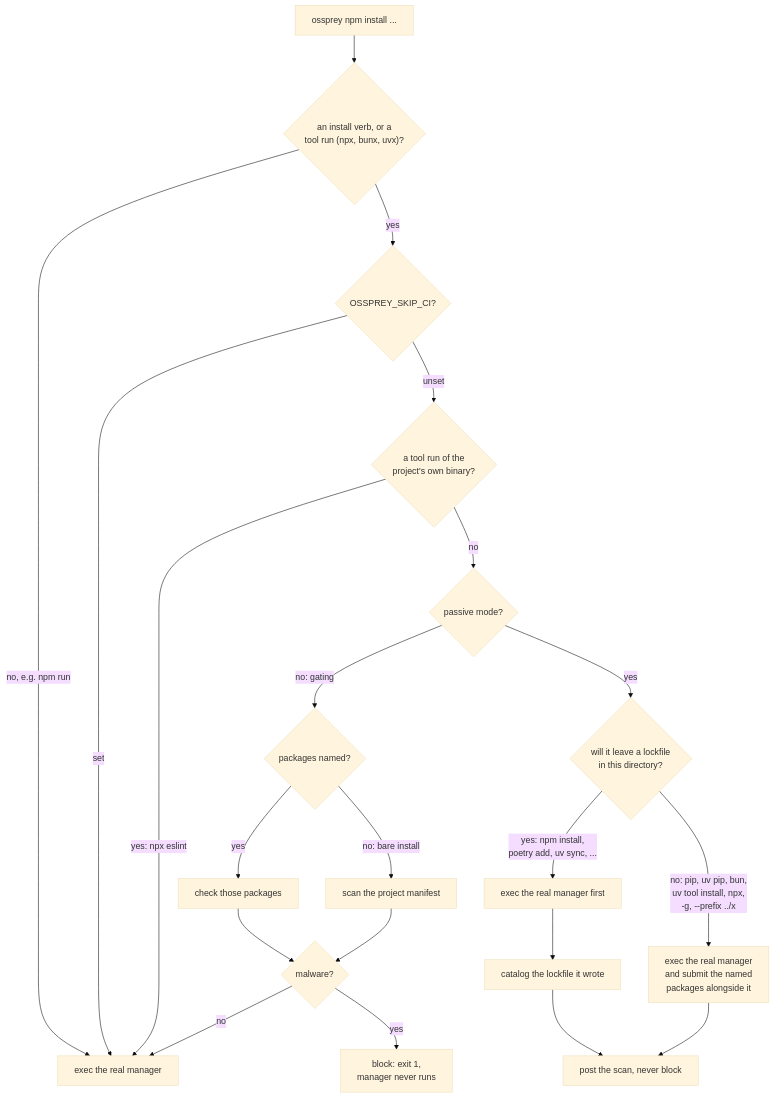
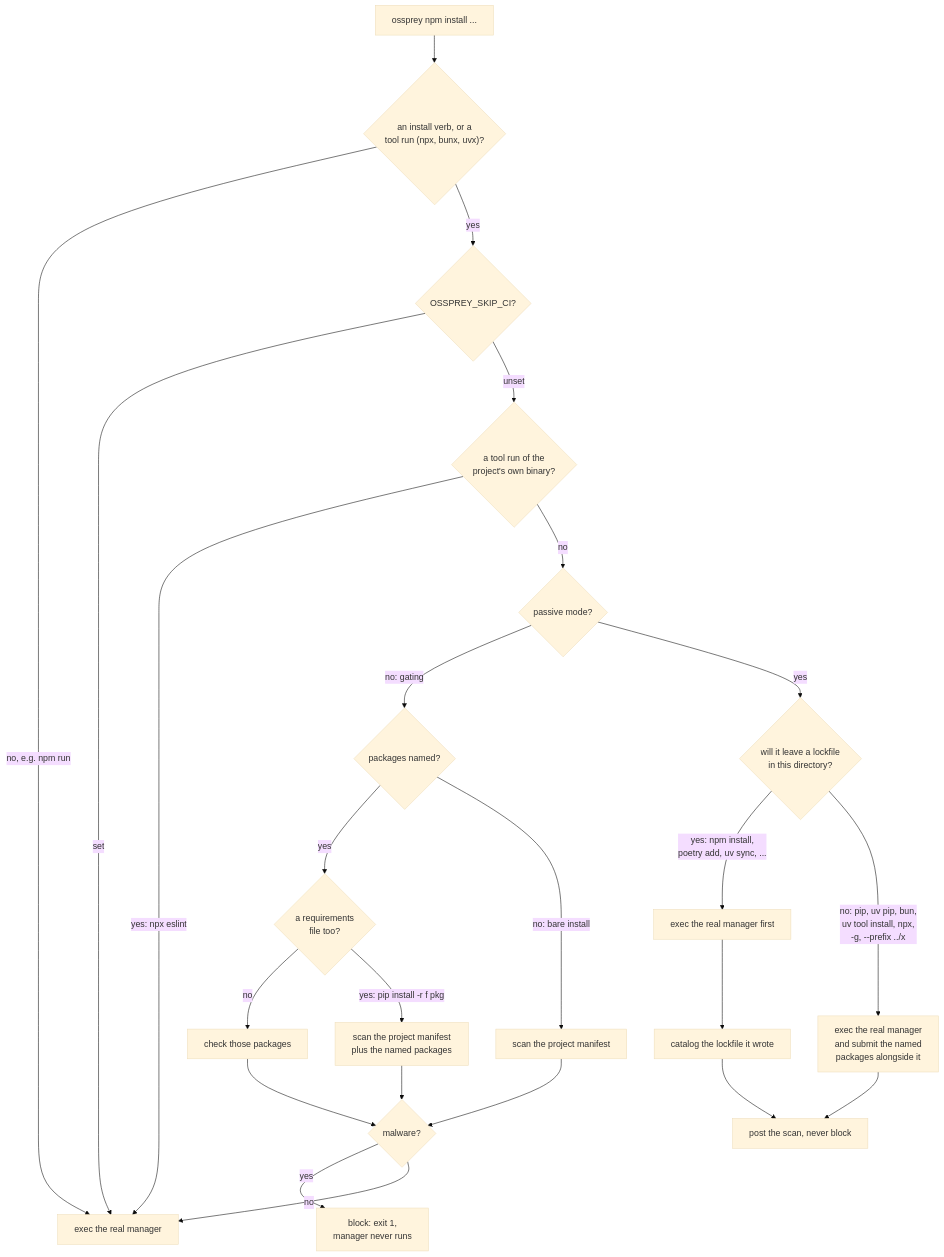
The second of 3 diagrams in docs/architecture.md (ossprey/ossprey-cli), drawn with Mermaid (base theme) before and after one commit. The commit also changed 64 other files, not shown here.

````diff
--- a/docs/architecture.md
+++ b/docs/architecture.md
@@ -48,25 +48,28 @@
 ```mermaid
 flowchart TD
     S["ossprey npm install ..."] --> T{"an install verb, or a<br/>tool run (npx, bunx, uvx)?"}
     T -- "no, e.g. npm run" --> U["exec the real manager"]
     T -- "yes" --> V{"OSSPREY_SKIP_CI?"}
     V -- "set" --> U
     V -- "unset" --> L{"a tool run of the<br/>project's own binary?"}
     L -- "yes: npx eslint" --> U
     L -- "no" --> W{"passive mode?"}
 
     W -- "no: gating" --> X{"packages named?"}
-    X -- "yes" --> Y["check those packages"]
+    X -- "yes" --> R{"a requirements<br/>file too?"}
+    R -- "no" --> Y["check those packages"]
+    R -- "yes: pip install -r f pkg" --> RZ["scan the project manifest<br/>plus the named packages"]
     X -- "no: bare install" --> Z["scan the project manifest"]
     Y --> AA{"malware?"}
+    RZ --> AA
     Z --> AA
     AA -- "yes" --> AB["block: exit 1,<br/>manager never runs"]
     AA -- "no" --> U
 
     W -- "yes" --> AC{"will it leave a lockfile<br/>in this directory?"}
     AC -- "yes: npm install,<br/>poetry add, uv sync, ..." --> AD["exec the real manager first"]
     AD --> AE["catalog the lockfile it wrote"]
     AE --> AF["post the scan, never block"]
     AC -- "no: pip, uv pip, bun,<br/>uv tool install, npx,<br/>-g, --prefix ../x" --> AG["exec the real manager<br/>and submit the named<br/>packages alongside it"]
     AG --> AF
 ```
````
